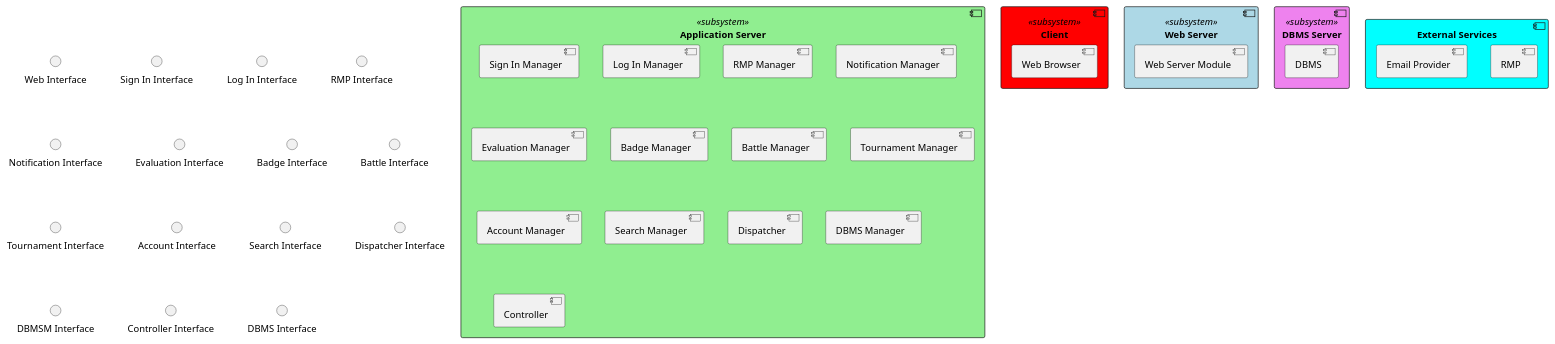
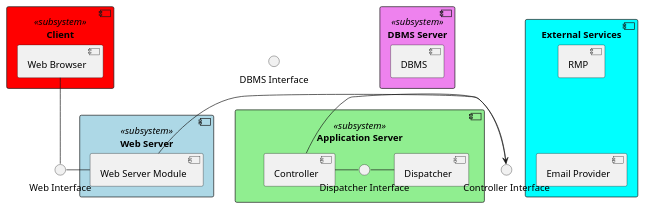
One commit to Angelo7672/SE2_Requirement-and-Design-Document changed the diagram in _DD/Images/componentDiagrams/componentDiagram.wsd. Above: the diagram before and after it, drawn with PlantUML. The commit also changed 4 other files, not shown here.

Commit message:
sequence fix

```diff
--- a/_DD/Images/componentDiagrams/componentDiagram.wsd
+++ b/_DD/Images/componentDiagrams/componentDiagram.wsd
@@ -1,113 +1,114 @@
 @startuml
 
 component Client <<subsystem>> #Red{
     component "Web Browser"
 }
 
 component "Web Server" as w <<subsystem>> #LightBlue{
     component "Web Server Module"  
 }
 
 interface "Web Interface"
 
-'[Web Browser] --> [Web Interface]
-'[Web Interface] - [Web Server Module]
+[Web Browser] -- [Web Interface]
+[Web Interface] - [Web Server Module]
 
 component "Application Server" as AppServer <<subsystem>> #LightGreen{
-    component "Sign In Manager"
-    component "Log In Manager"
-    component "RMP Manager"
-    component "Notification Manager"
-    component "Evaluation Manager"
-    component "Badge Manager"
-    component "Battle Manager"
-    component "Tournament Manager"
-    component "Account Manager"
-    component "Search Manager"
+    component "Controller"
     component "Dispatcher"
-    component "DBMS Manager"
-    component "Controller"
+    'component "Sign In Manager"
+    'component "Log In Manager"
+    'component "RMP Manager"
+    'component "Notification Manager"
+    'component "Evaluation Manager"
+    'component "Badge Manager"
+    'component "Battle Manager"
+    'component "Tournament Manager"
+    'component "Account Manager"
+    'component "Search Manager"
+    
+    'component "DBMS Manager"
+
+    interface "Dispatcher Interface"
+    'interface "Sign In Interface"
+    'interface "Log In Interface"
+    'interface "RMP Interface"
+    'interface "Notification Interface"
+    'interface "Evaluation Interface"
+    'interface "Badge Interface"
+    'interface "Battle Interface"
+    'interface "Tournament Interface"
+    'interface "Account Interface"
+    'interface "Search Interface"
+    'interface "DBMSM Interface"
+    
+    [Dispatcher Interface] - [Dispatcher]
 }
+[Controller] -[hidden] [Dispatcher]
+
 '[Sign In Manager] -[hidden]- [Log In Manager]
 '[Log In Manager] -[hidden]- [RMP Manager]
 '[RMP Manager] -[hidden]- [Notification Manager]
 '[Notification Manager] -[hidden]- [Dispatcher]
 '[Dispatcher] -[hidden]- [Evaluation Manager]
 '[Evaluation Manager] -[hidden]- [Badge Manager]
 '[Badge Manager] -[hidden]- [Battle Manager]
 '[Battle Manager] -[hidden]- [Tournament Manager]
 '[Tournament Manager] -[hidden]- [Account Manager]
 '[Account Manager] -[hidden]- [Search Manager]
 '[DBMS Manager] -[hidden]- [Sign In Manager]
 
-interface "Sign In Interface"
-'[Sign In Interface] - [Sign In Manager]
-interface "Log In Interface"
-'[Log In Interface] - [Log In Manager]
-interface "RMP Interface"
-'[RMP Interface] - [RMP Manager]
-interface "Notification Interface"
-'[Notification Interface] - [Notification Manager]
-interface "Evaluation Interface"
-'[Evaluation Interface] - [Evaluation Manager]
-interface "Badge Interface"
-'[Badge Interface] - [Badge Manager]
-interface "Battle Interface"
-'[Battle Interface] - [Battle Manager]
-interface "Tournament Interface"
-'[Tournament Interface] - [Tournament Manager]
-interface "Account Interface"
-'[Account Interface] - [Account Manager]
-interface "Search Interface"
-'[Search Interface] - [Search Manager]
-interface "Dispatcher Interface"
-'[Dispatcher] - [Dispatcher Interface]
-interface "DBMSM Interface"
-'[DBMSM Interface] - [DBMS Manager]
 interface "Controller Interface"
+[Controller Interface] -[hidden] AppServer
+[Controller Interface] - [Controller]
+[Controller] - [Dispatcher Interface]
+
+
+
+
 
 '[Sign In Interface] -- [Log In Interface]
 '[Log In Interface] -- [RMP Interface]
 '[RMP Interface] -- [Notification Interface]
 '[Notification Interface] -- [Dispatcher Interface]
 '[Dispatcher Interface] -- [Evaluation Interface]
 '[Evaluation Interface] -- [Badge Interface]
 '[Badge Interface] -- [Battle Interface]
 '[Battle Interface] -- [Tournament Interface]
 '[Tournament Interface] -- [Account Interface]
 '[Account Interface] -- [Search Interface]
 '[DBMSM Interface] -- [Sign In Interface]
 
 
-'[Web Server Module] -> [Dispatcher Interface]
+[Web Server Module] -> [Controller Interface]
 
 component "DBMS Server" as d <<subsystem>> #Violet{
     component DBMS
 }
 
 interface "DBMS Interface"
 '[DBMS] - [DBMS Interface]
 '[DBMS Interface] - [DBMSM Interface]
 
 
 
 component "External Services" as es #Cyan{
     component RMP
     component "Email Provider"
 }
-'RMP -[hidden]- [Email Provider]
+RMP -[hidden]- [Email Provider]
 
 
 '[Email Provider] <- [Notification Interface]
 '[RMP] <- [RMP Interface]
 
 
 'es -[hidden] AppServer
 'd -[hidden] AppServer
 'w -[hidden]- es
 'd -[hidden]--- w
 'Client -[hidden]- w
 
 
 
 @enduml
```
